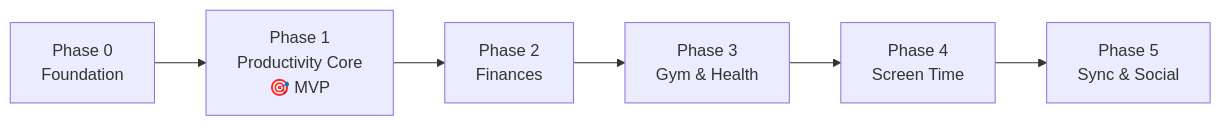
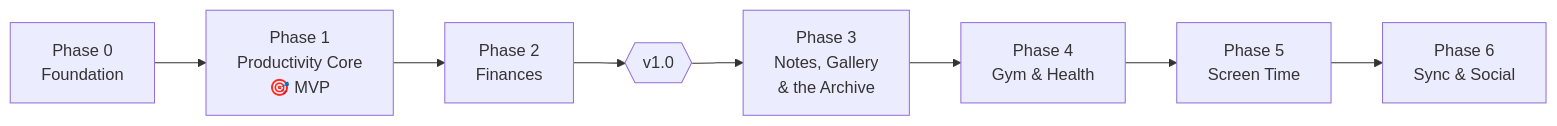
One commit to ABakdi/Harvest changed the diagram in docs/03-Planning/Roadmap.md. Above: the diagram before and after it, drawn with Mermaid. The commit also changed other lines of this file and 22 other files, not shown here.

````diff
--- a/docs/03-Planning/Roadmap.md
+++ b/docs/03-Planning/Roadmap.md
@@ -5,8 +5,10 @@
 ```mermaid
 flowchart LR
     P0[Phase 0<br/>Foundation] --> P1[Phase 1<br/>Productivity Core<br/>🎯 MVP]
     P1 --> P2[Phase 2<br/>Finances]
-    P2 --> P3[Phase 3<br/>Gym & Health]
-    P3 --> P4[Phase 4<br/>Screen Time]
-    P4 --> P5[Phase 5<br/>Sync & Social]
+    P2 --> V1{{v1.0}}
+    V1 --> P3[Phase 3<br/>Notes, Gallery<br/>& the Archive]
+    P3 --> P4[Phase 4<br/>Gym & Health]
+    P4 --> P5[Phase 5<br/>Screen Time]
+    P5 --> P6[Phase 6<br/>Sync & Social]
 ```
````
